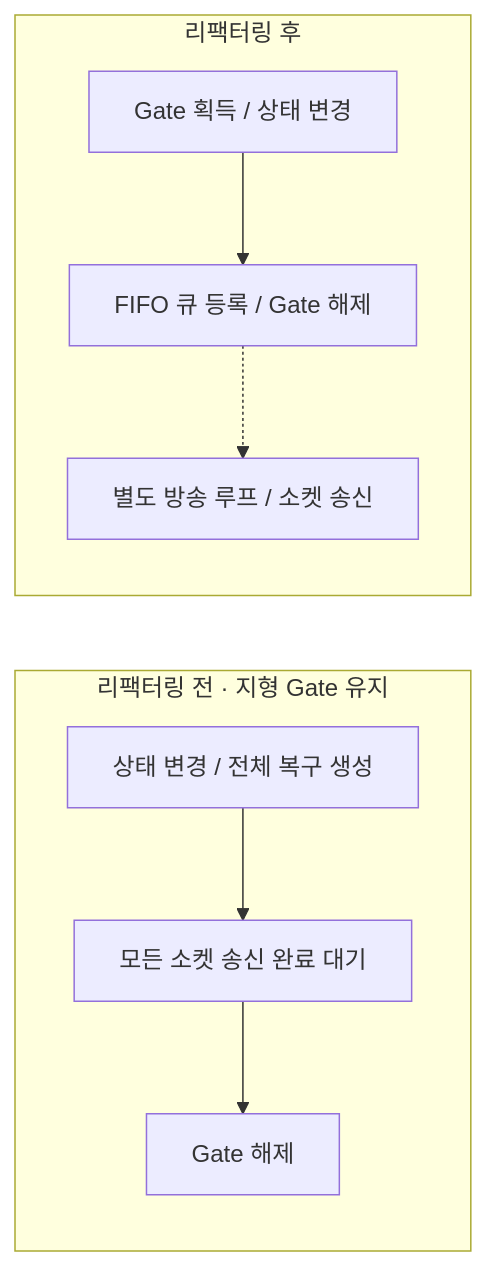
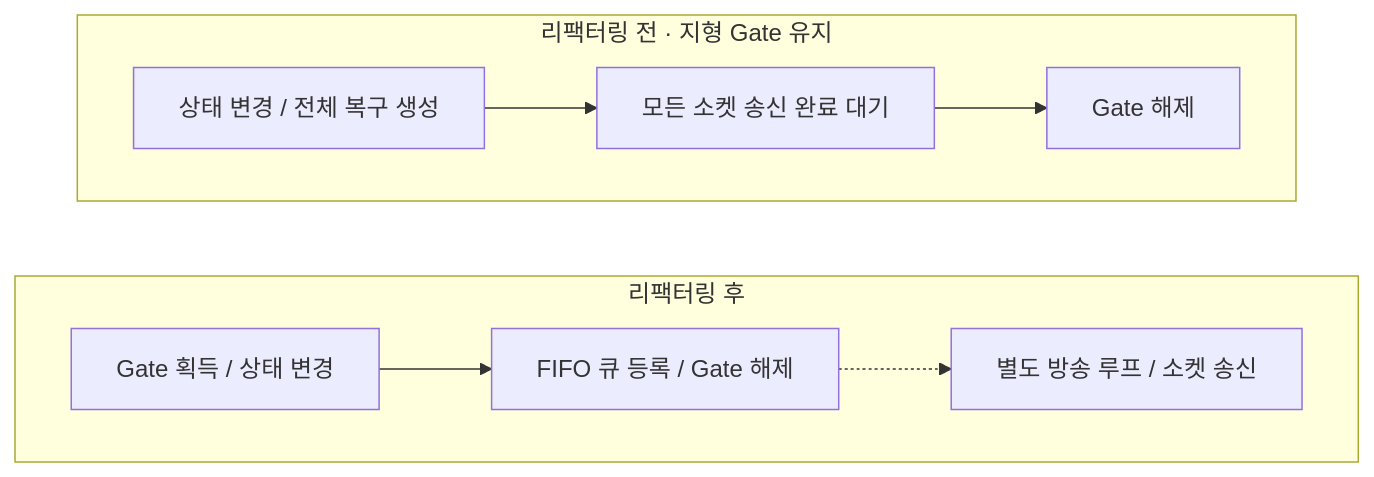
One commit to keeeery/portfolio changed the seventh of 7 diagrams in src/3-Folk-Sack/TechDoc_FolkSack.md. Above: the diagram before and after it, drawn with Mermaid. The commit also changed other lines of this file and 11 other files, not shown here.

Commit message:
기술 문서 다이어그램 정리: 세로 배치·복귀 상태 분리, Folk Sack 구조도 지형 연결 맞추기, 주요 패키지 바로잡기

````diff
--- a/src/3-Folk-Sack/TechDoc_FolkSack.md
+++ b/src/3-Folk-Sack/TechDoc_FolkSack.md
@@ -1130,11 +1142,14 @@
 ```mermaid
-flowchart LR
+flowchart TB
     subgraph Before["리팩터링 전 · 지형 Gate 유지"]
+        direction LR
         A["상태 변경 / 전체 복구 생성"] --> B["모든 소켓 송신 완료 대기"]
         B --> C["Gate 해제"]
     end
     subgraph After["리팩터링 후"]
+        direction LR
         D["Gate 획득 / 상태 변경"] --> E["FIFO 큐 등록 / Gate 해제"]
         E -.-> F["별도 방송 루프 / 소켓 송신"]
     end
+    Before ~~~ After
 ```
````
